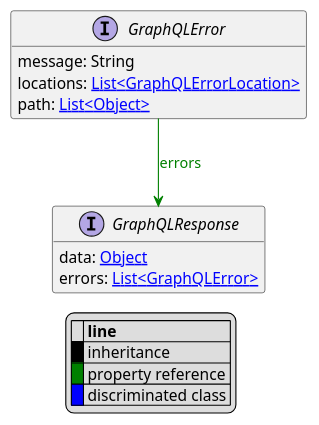
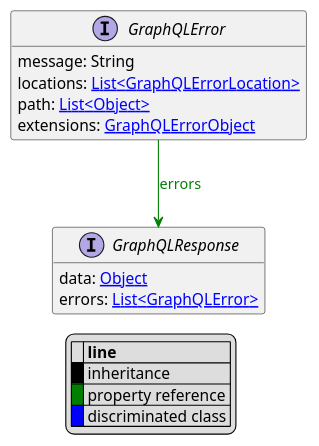
One commit to commercetools/commercetools-api-reference changed the diagram in uml/api/GraphQLError.puml. Above: the diagram before and after it, drawn with PlantUML. The commit also changed 180 other files, not shown here.

```diff
--- a/uml/api/GraphQLError.puml
+++ b/uml/api/GraphQLError.puml
@@ -1,25 +1,26 @@
 @startuml
 
 hide empty fields
 hide empty methods
 legend
 |= |= line |
 |<back:black>   </back>| inheritance |
 |<back:green>   </back>| property reference |
 |<back:blue>   </back>| discriminated class |
 endlegend
 interface GraphQLError [[GraphQLError.svg]]  {
     message: String
     locations: [[GraphQLErrorLocation.svg List<GraphQLErrorLocation>]]
     path: [[Object.svg List<Object>]]
+    extensions: [[GraphQLErrorObject.svg GraphQLErrorObject]]
 }
 
 
 
 interface GraphQLResponse [[GraphQLResponse.svg]]  {
     data: [[Object.svg Object]]
     errors: [[GraphQLError.svg List<GraphQLError>]]
 }
 
 GraphQLError --> GraphQLResponse #green;text:green : "errors"
 @enduml
```
